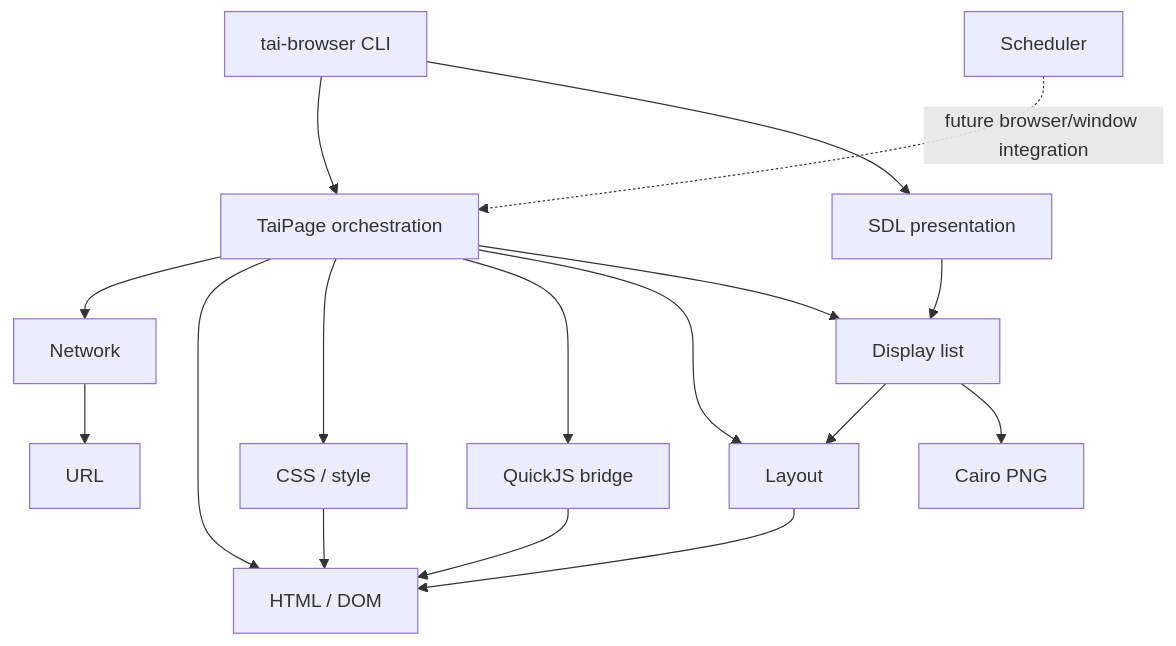
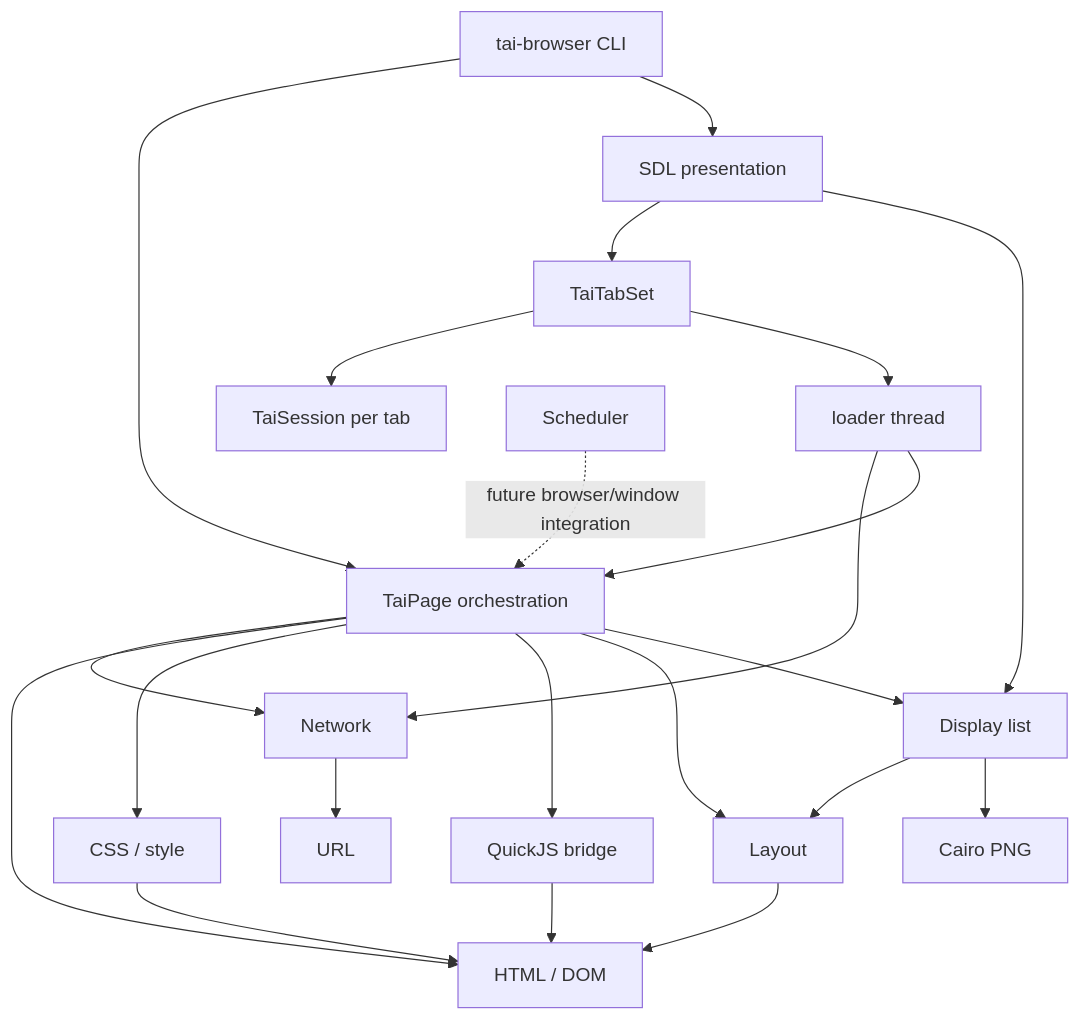
One commit to paulboul1013/tai_ci changed the diagram in ARCHITECTURE.md. Above: the diagram before and after it, drawn with Mermaid. The commit also changed other lines of this file and 13 other files, not shown here.

````diff
--- a/ARCHITECTURE.md
+++ b/ARCHITECTURE.md
@@ -72,19 +72,24 @@
 ```mermaid
 graph TD
   CLI[tai-browser CLI] --> Page[TaiPage orchestration]
   Page --> Network[Network]
   Page --> DOM[HTML / DOM]
   Page --> CSS[CSS / style]
   Page --> JS[QuickJS bridge]
   Page --> Layout[Layout]
   Page --> Display[Display list]
   Network --> URL[URL]
   CSS --> DOM
   JS --> DOM
   Layout --> DOM
   Display --> Layout
   Display --> Cairo[Cairo PNG]
   CLI --> Window[SDL presentation]
+  Window --> Tabs[TaiTabSet]
+  Tabs --> Sessions[TaiSession per tab]
+  Tabs --> Loader[loader thread]
+  Loader --> Network
+  Loader --> Page
   Window --> Display
   Scheduler[Scheduler] -. future browser/window integration .-> Page
 ```
````
